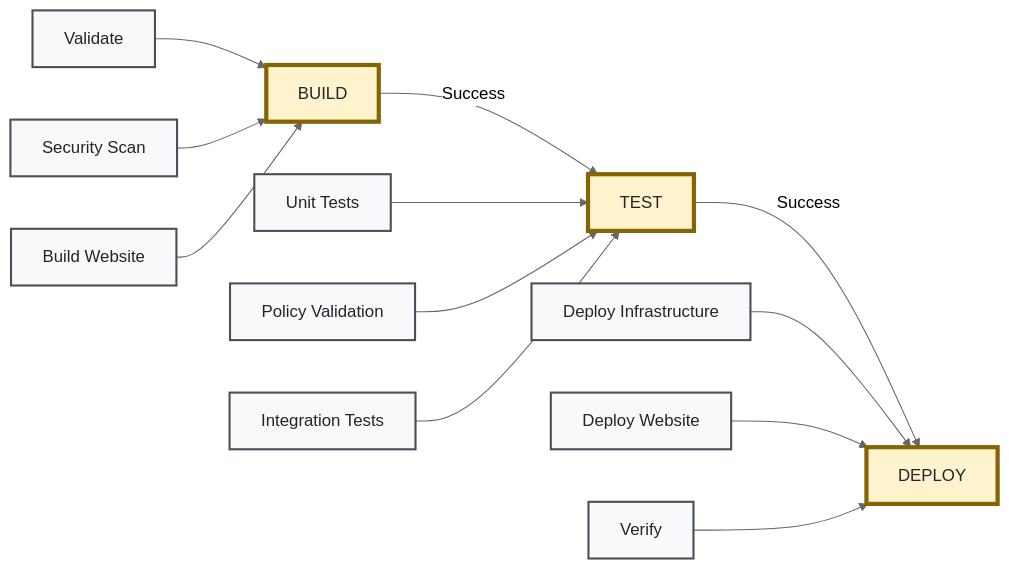
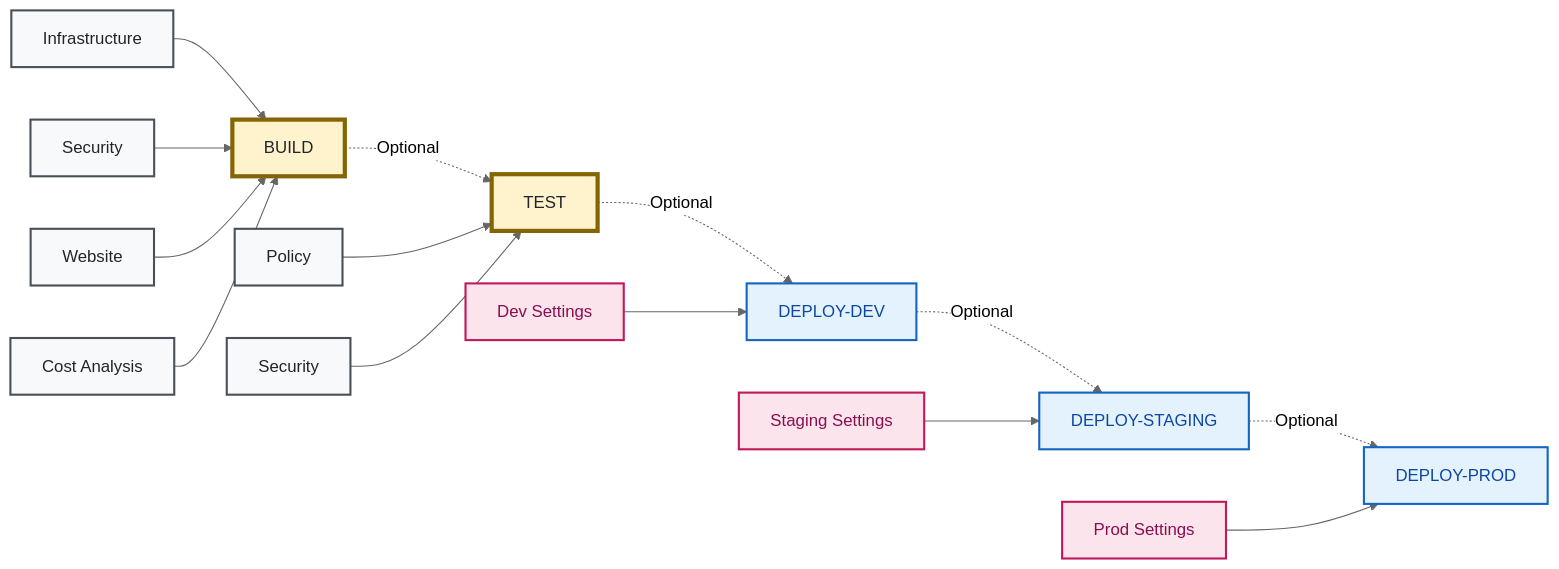
The diagram in docs/workflow-conditions.md (Celtikill/static-site), drawn with Mermaid (neutral theme) before and after one commit. The commit also changed other lines of this file and 4 other files, not shown here.

````diff
--- a/docs/workflow-conditions.md
+++ b/docs/workflow-conditions.md
@@ -26,28 +26,34 @@
 ```mermaid
 graph LR
     %% Accessibility
     accTitle: CI/CD Pipeline Overview
-    accDescr: Shows sequential CI/CD pipeline with three main phases: BUILD (validate, security scan, build website), TEST (unit tests, policy validation, integration tests), and DEPLOY (deploy infrastructure, deploy website, verify). Each phase must succeed before proceeding to the next.
+    accDescr: Shows CI/CD pipeline with multiple workflows. BUILD validates and scans infrastructure and website. TEST performs policy validation. Three DEPLOY workflows handle different environments with specific configurations.
     
-    A[BUILD] -->|Success| B[TEST]
-    B -->|Success| C[DEPLOY]
+    A[BUILD] -.->|Optional| B[TEST]
+    B -.->|Optional| D1[DEPLOY-DEV]
+    D1 -.->|Optional| D2[DEPLOY-STAGING]
+    D2 -.->|Optional| D3[DEPLOY-PROD]
     
-    A1[Validate] --> A
-    A2[Security Scan] --> A
-    A3[Build Website] --> A
+    A1[Infrastructure] --> A
+    A2[Security] --> A
+    A3[Website] --> A
+    A4[Cost Analysis] --> A
     
-    B1[Unit Tests] --> B
-    B2[Policy Validation] --> B
-    B3[Integration Tests] --> B
+    B1[Policy] --> B
+    B2[Security] --> B
     
-    C1[Deploy Infrastructure] --> C
-    C2[Deploy Website] --> C
-    C3[Verify] --> C
+    D1S[Dev Settings] --> D1
+    D2S[Staging Settings] --> D2
+    D3S[Prod Settings] --> D3
     
     %% High-Contrast Styling for Accessibility
     classDef phaseBox fill:#fff3cd,stroke:#856404,stroke-width:4px,color:#212529
     classDef stepBox fill:#f8f9fa,stroke:#495057,stroke-width:2px,color:#212529
+    classDef deployBox fill:#e3f2fd,stroke:#1565c0,stroke-width:2px,color:#0d47a1
+    classDef settingsBox fill:#fce4ec,stroke:#c2185b,stroke-width:2px,color:#880e4f
     
-    class A,B,C phaseBox
-    class A1,A2,A3,B1,B2,B3,C1,C2,C3 stepBox
+    class A,B phaseBox
+    class A1,A2,A3,A4,B1,B2 stepBox
+    class D1,D2,D3 deployBox
+    class D1S,D2S,D3S settingsBox
 ```
````
